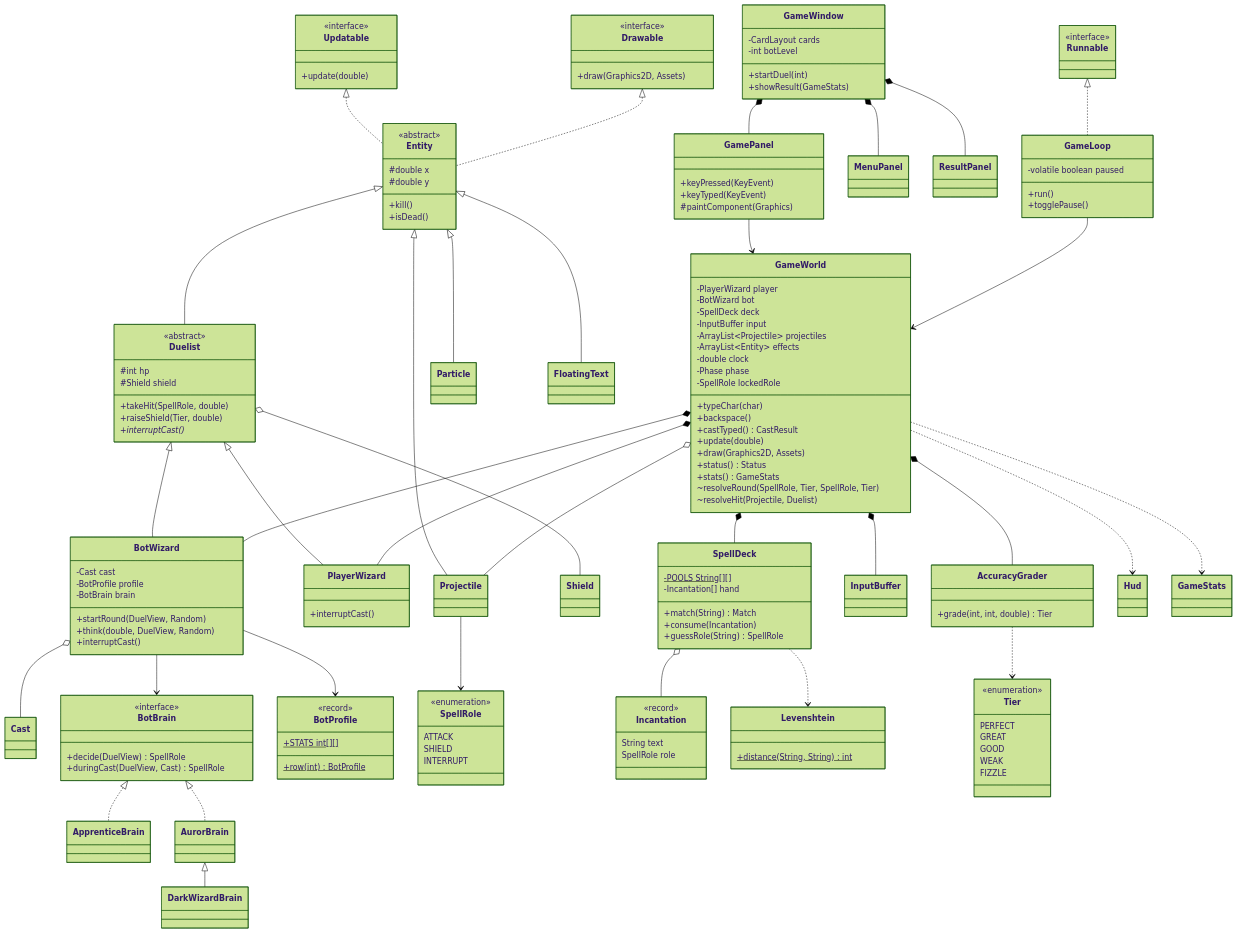
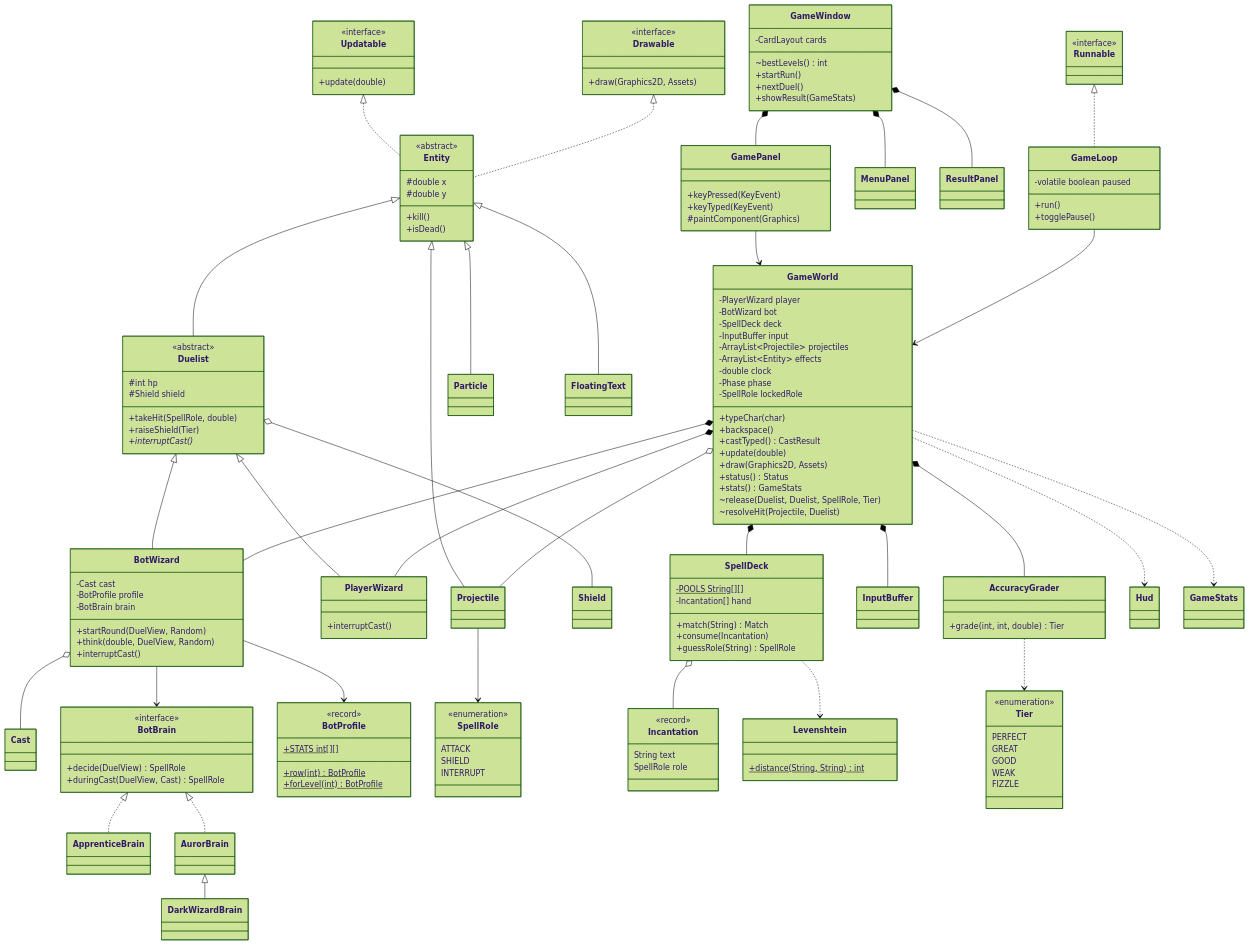
One commit to naithammarak/spell-duel changed the diagram in DESIGN.md. Above: the diagram before and after it, drawn with Mermaid (forest theme). The commit also changed other lines of this file and 24 other files, not shown here.

```diff
--- a/DESIGN.md
+++ b/DESIGN.md
@@ -145,8 +148,9 @@
     direction TB
     class GameWindow {
         -CardLayout cards
-        -int botLevel
-        +startDuel(int)
+        ~bestLevels() int
+        +startRun()
+        +nextDuel()
         +showResult(GameStats)
     }
     class GamePanel {
@@ -186,7 +190,7 @@
         +draw(Graphics2D, Assets)
         +status() Status
         +stats() GameStats
-        ~resolveRound(SpellRole, Tier, SpellRole, Tier)
+        ~release(Duelist, Duelist, SpellRole, Tier)
         ~resolveHit(Projectile, Duelist)
     }
     class Updatable {
@@ -216,7 +220,7 @@
         #int hp
         #Shield shield
         +takeHit(SpellRole, double)
-        +raiseShield(Tier, double)
+        +raiseShield(Tier)
         +interruptCast()*
     }
     Duelist <|-- PlayerWizard
@@ -249,6 +253,7 @@
         <<record>>
         +STATS int[][]$
         +row(int)$ BotProfile
+        +forLevel(int)$ BotProfile
     }
 
     class SpellRole {
```
